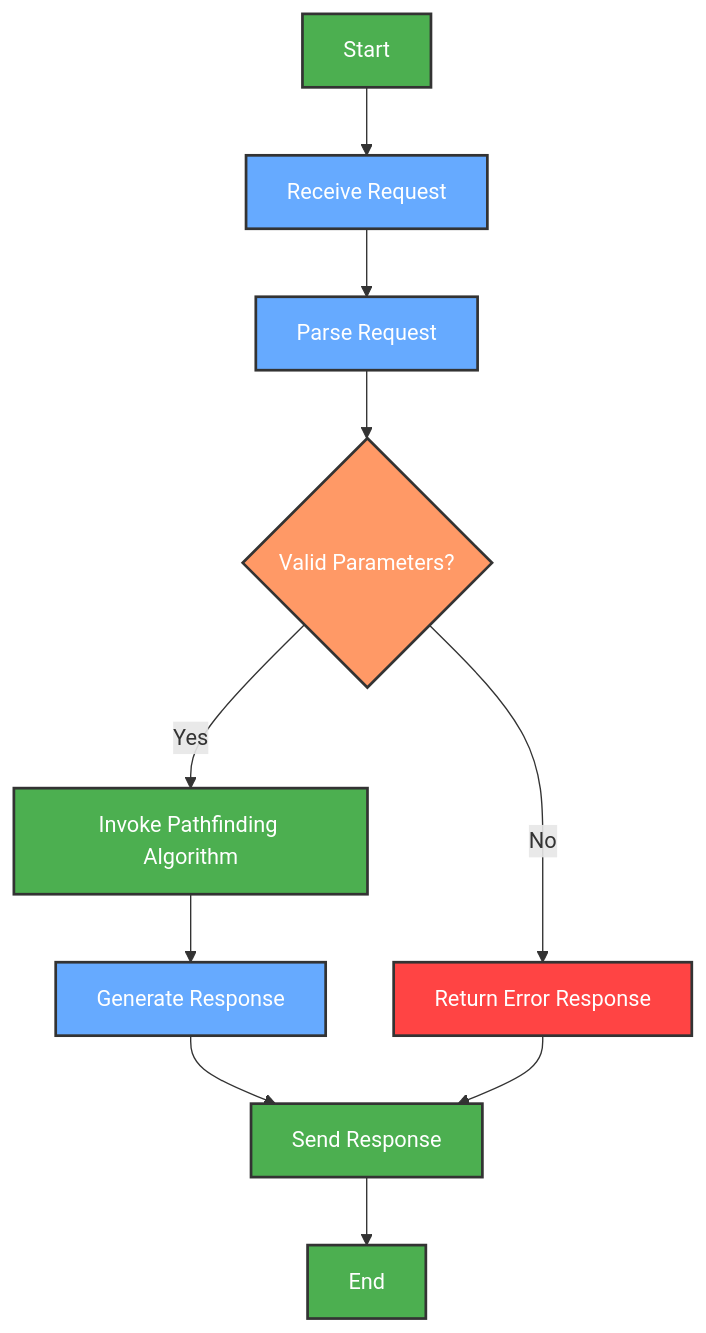
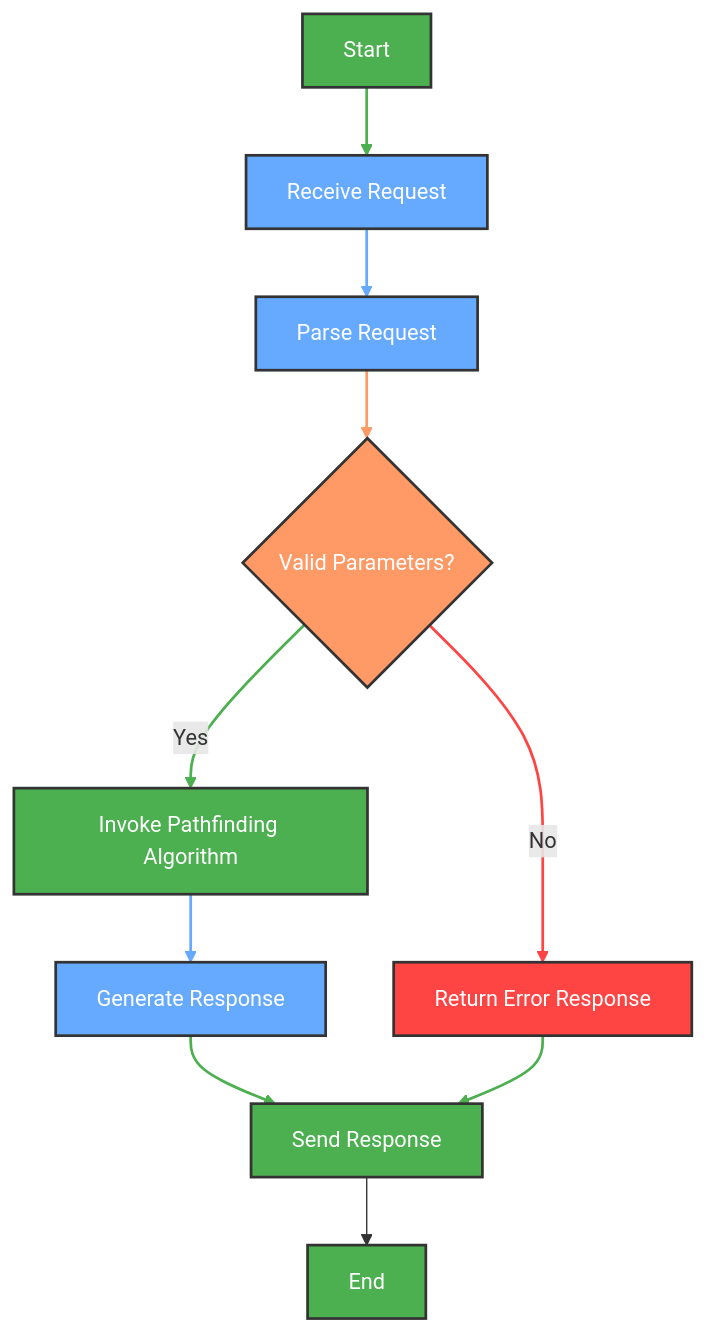
The sixth of 7 diagrams in technicalSpecifications/technicalSpecifications.md (algosup/2024-2025-project-3-quickest-path-team-4), drawn with Mermaid before and after one commit. The commit also changed other lines of this file, not shown here.

````diff
--- a/technicalSpecifications/technicalSpecifications.md
+++ b/technicalSpecifications/technicalSpecifications.md
@@ -1441,22 +1453,31 @@
 ```mermaid
 flowchart TD
     A[Start] --> B[Receive Request]
     B --> C[Parse Request]
     C --> D{Valid Parameters?}
     D -- Yes --> E[Invoke Pathfinding Algorithm]
     D -- No --> F[Return Error Response]
     E --> G[Generate Response]
     G --> H[Send Response]
     F --> H
     H --> I[End]
 
-    style A fill:#4caf50,stroke:#333,stroke-width:2px,color:#fff,rounded
-    style B fill:#6af,stroke:#333,stroke-width:2px,color:#fff,rounded
-    style C fill:#6af,stroke:#333,stroke-width:2px,color:#fff,rounded
-    style D fill:#f96,stroke:#333,stroke-width:2px,color:#fff,rounded
-    style E fill:#4caf50,stroke:#333,stroke-width:2px,color:#fff,rounded
-    style F fill:#ff4444,stroke:#333,stroke-width:2px,color:#fff,rounded
-    style G fill:#6af,stroke:#333,stroke-width:2px,color:#fff,rounded
-    style H fill:#4caf50,stroke:#333,stroke-width:2px,color:#fff,rounded
-    style I fill:#4caf50,stroke:#333,stroke-width:2px,color:#fff,rounded
+    style A fill:#4caf50,stroke:#333,stroke-width:2px,color:#fff,rounded,gradient:#4caf50,#2e7d32
+    style B fill:#6af,stroke:#333,stroke-width:2px,color:#fff,rounded,gradient:#6af,#2196f3
+    style C fill:#6af,stroke:#333,stroke-width:2px,color:#fff,rounded,gradient:#6af,#2196f3
+    style D fill:#f96,stroke:#333,stroke-width:2px,color:#fff,rounded,gradient:#f96,#e65100
+    style E fill:#4caf50,stroke:#333,stroke-width:2px,color:#fff,rounded,gradient:#4caf50,#2e7d32
+    style F fill:#ff4444,stroke:#333,stroke-width:2px,color:#fff,rounded,gradient:#ff4444,#d32f2f
+    style G fill:#6af,stroke:#333,stroke-width:2px,color:#fff,rounded,gradient:#6af,#2196f3
+    style H fill:#4caf50,stroke:#333,stroke-width:2px,color:#fff,rounded,gradient:#4caf50,#2e7d32
+    style I fill:#4caf50,stroke:#333,stroke-width:2px,color:#fff,rounded,gradient:#4caf50,#2e7d32
+
+    linkStyle 0 stroke:#4caf50,stroke-width:2px
+    linkStyle 1 stroke:#6af,stroke-width:2px
+    linkStyle 2 stroke:#f96,stroke-width:2px
+    linkStyle 3 stroke:#4caf50,stroke-width:2px
+    linkStyle 4 stroke:#ff4444,stroke-width:2px
+    linkStyle 5 stroke:#6af,stroke-width:2px
+    linkStyle 6 stroke:#4caf50,stroke-width:2px
+    linkStyle 7 stroke:#4caf50,stroke-width:2px
 ```
````
